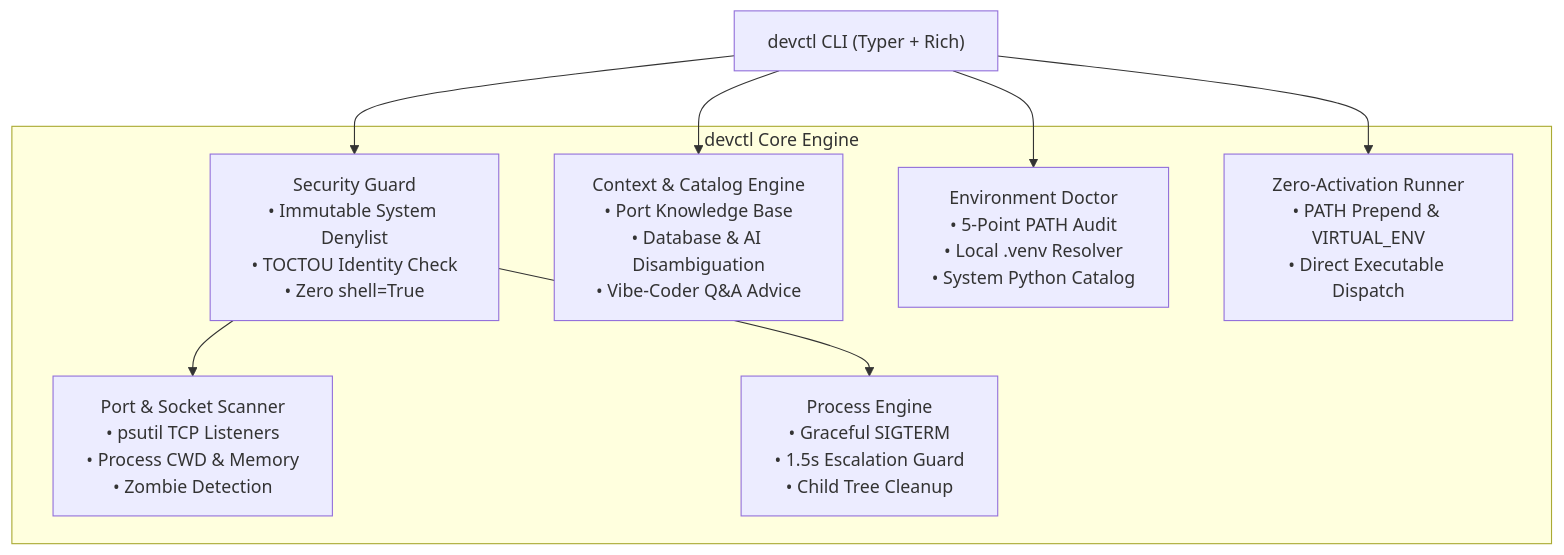
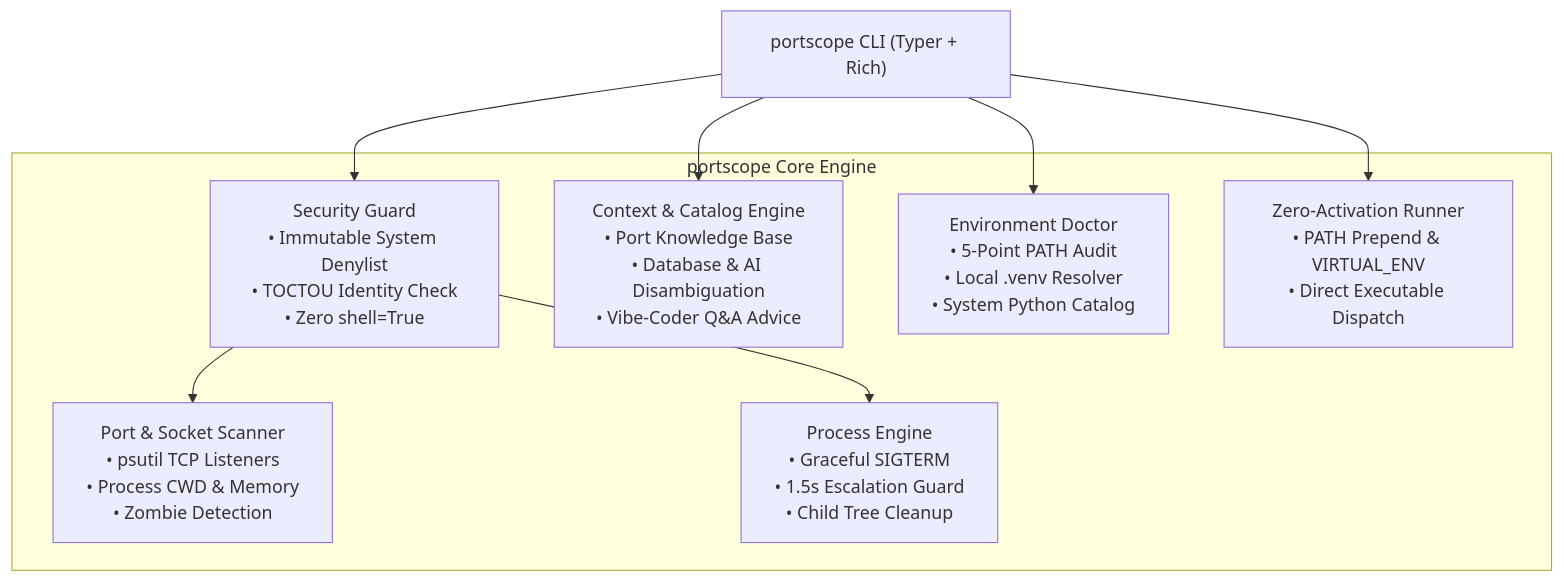
The diagram in README.md (AryamanSharma14/-CLI-), drawn with Mermaid before and after one commit. The commit also changed other lines of this file and 29 other files, not shown here.

Commit message:
Rebrand CLI project to portscope: package, entrypoints, and documentation

````diff
--- a/README.md
+++ b/README.md
@@ -54,20 +54,20 @@
 ```mermaid
 flowchart TD
-    CLI["devctl CLI (Typer + Rich)"]
+    CLI["portscope CLI (Typer + Rich)"]
     
-    subgraph Core["devctl Core Engine"]
+    subgraph Core["portscope Core Engine"]
         SEC["Security Guard<br/>• Immutable System Denylist<br/>• TOCTOU Identity Check<br/>• Zero shell=True"]
         CAT["Context & Catalog Engine<br/>• Port Knowledge Base<br/>• Database & AI Disambiguation<br/>• Vibe-Coder Q&A Advice"]
         PORT["Port & Socket Scanner<br/>• psutil TCP Listeners<br/>• Process CWD & Memory<br/>• Zombie Detection"]
         PROC["Process Engine<br/>• Graceful SIGTERM<br/>• 1.5s Escalation Guard<br/>• Child Tree Cleanup"]
         ENV["Environment Doctor<br/>• 5-Point PATH Audit<br/>• Local .venv Resolver<br/>• System Python Catalog"]
         RUN["Zero-Activation Runner<br/>• PATH Prepend & VIRTUAL_ENV<br/>• Direct Executable Dispatch"]
     end
 
     CLI --> SEC
     CLI --> CAT
     SEC --> PORT
     SEC --> PROC
     CLI --> ENV
     CLI --> RUN
 ```
````
